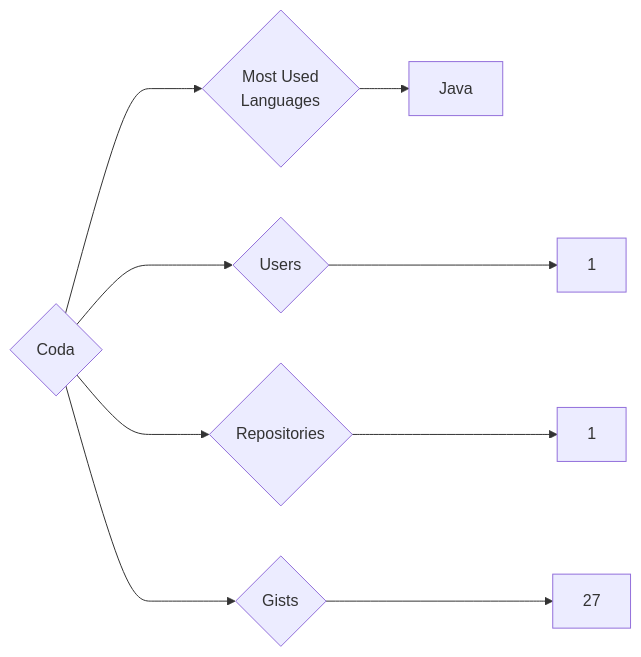
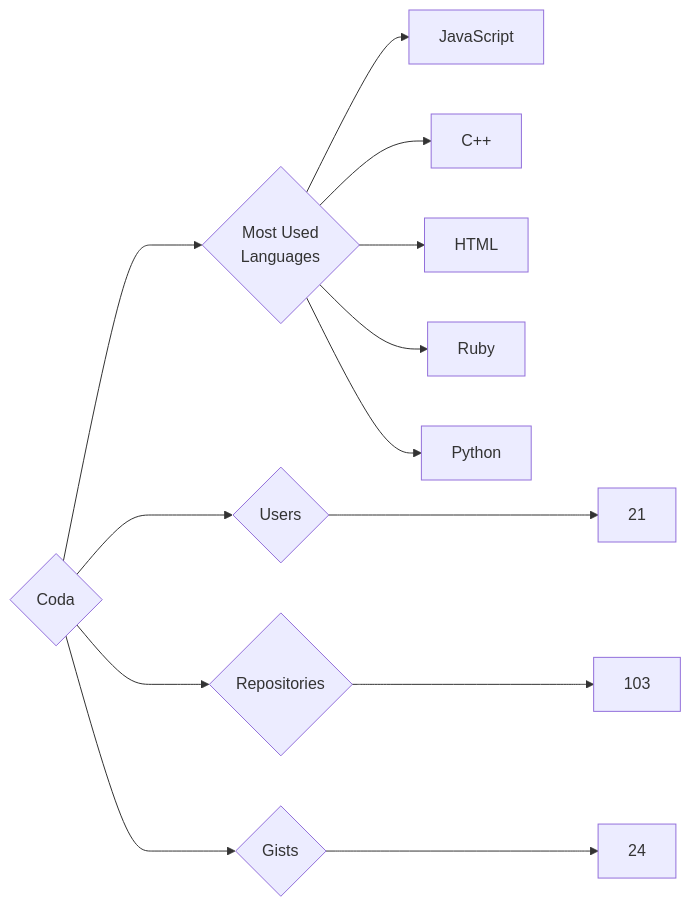
Before and after one commit to trickest/insiders: the diagram in targets/Coda/README.md, drawn with Mermaid. The commit also changed 786 other files, not shown here.

````diff
--- a/targets/Coda/README.md
+++ b/targets/Coda/README.md
@@ -3,9 +3,13 @@
 ```mermaid
 graph LR
 COMPANY_NAME{Coda}
-COMPANY_NAME ---> U{Users} ---> UN[1]
-COMPANY_NAME ---> R{Repositories} ---> RN[1]
-COMPANY_NAME ---> G{Gists} ---> GN[27]
+COMPANY_NAME ---> U{Users} ---> UN[21]
+COMPANY_NAME ---> R{Repositories} ---> RN[103]
+COMPANY_NAME ---> G{Gists} ---> GN[24]
 COMPANY_NAME ---> ML{Most Used<br>Languages}
-ML --> Java[Java]
+ML --> JavaScript[JavaScript]
+ML --> C++[C++]
+ML --> HTML[HTML]
+ML --> Ruby[Ruby]
+ML --> Python[Python]
 ```
````
